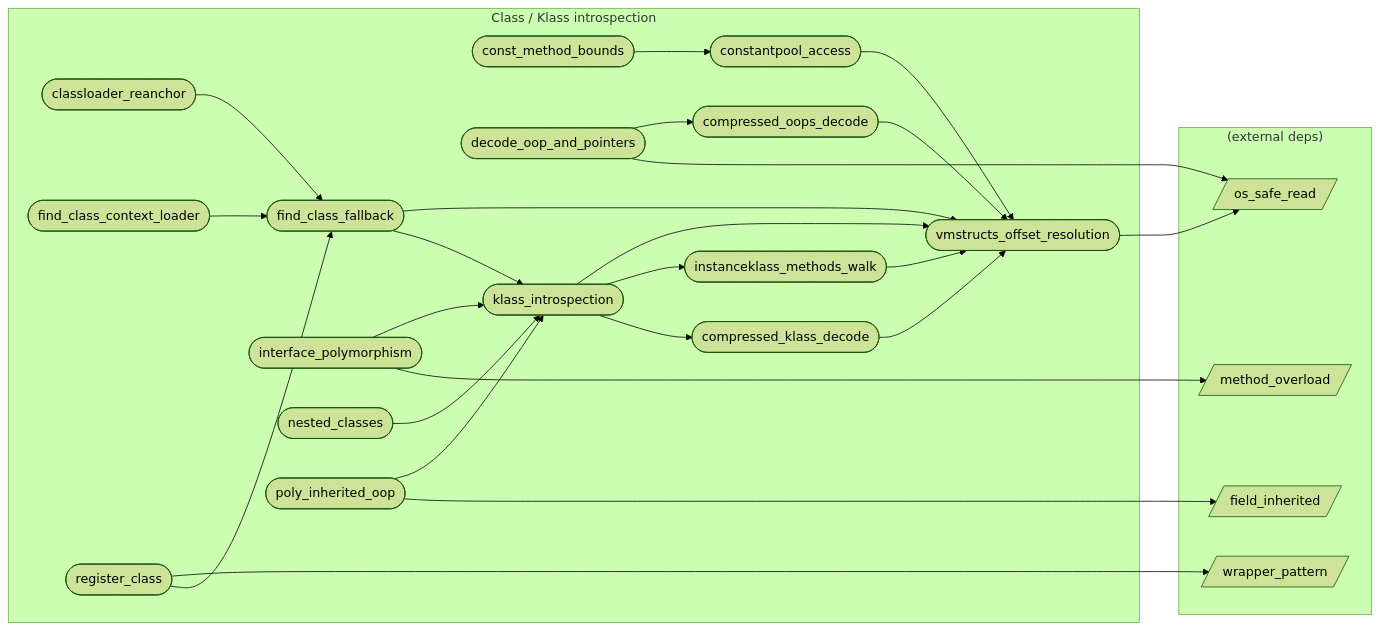
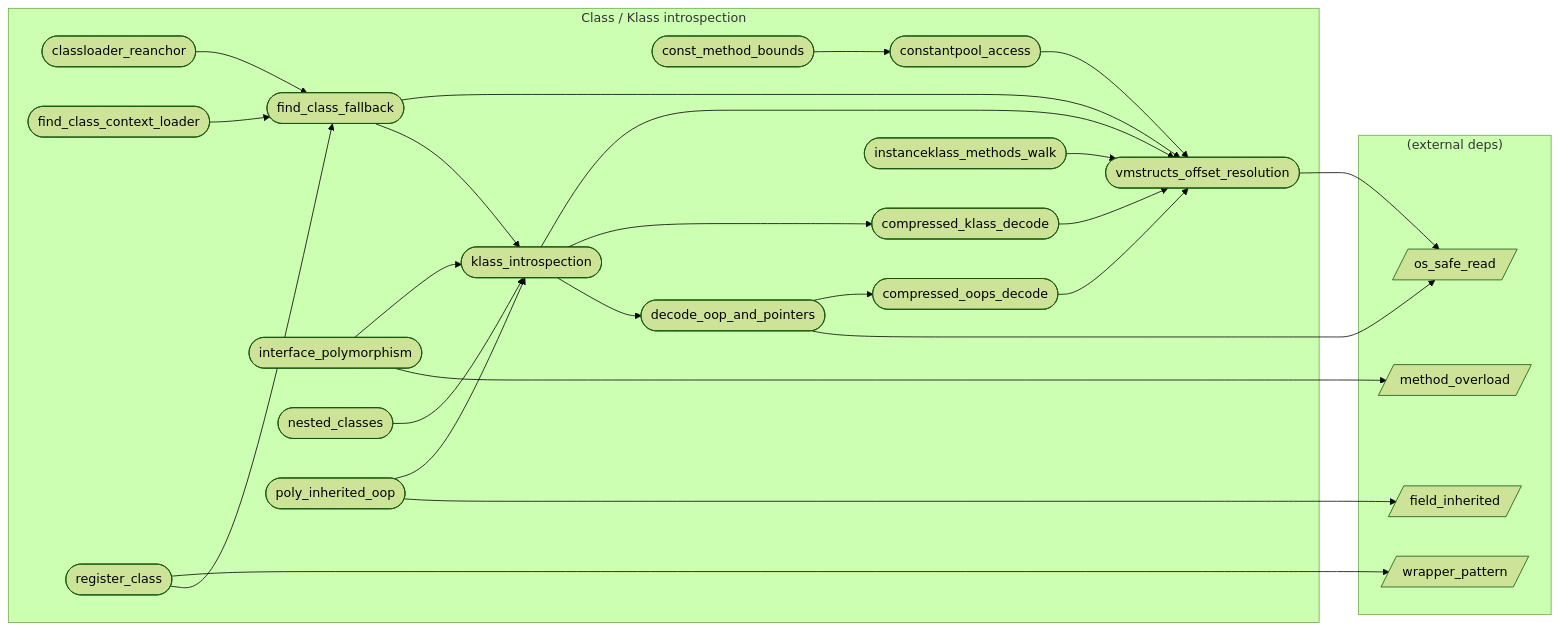
The diagram in audit/graph/categories/klass.md (xxxnpno/VMHook), drawn with Mermaid (forest theme) before and after one commit. The commit also changed other lines of this file and 19 other files, not shown here.

First line of the commit message:
docs(audit/features): enrich global_ref, jni_local_ref_hygiene, klass_introspection, vmstructs_offset_resolution, os_safe_read

````diff
--- a/audit/graph/categories/klass.md
+++ b/audit/graph/categories/klass.md
@@ -32,48 +32,48 @@
 ```mermaid
 flowchart LR
   subgraph klass["Class / Klass introspection"]
     classloader_reanchor([classloader_reanchor])
     compressed_klass_decode([compressed_klass_decode])
     compressed_oops_decode([compressed_oops_decode])
     const_method_bounds([const_method_bounds])
     constantpool_access([constantpool_access])
     decode_oop_and_pointers([decode_oop_and_pointers])
     find_class_context_loader([find_class_context_loader])
     find_class_fallback([find_class_fallback])
     instanceklass_methods_walk([instanceklass_methods_walk])
     interface_polymorphism([interface_polymorphism])
     klass_introspection([klass_introspection])
     nested_classes([nested_classes])
     poly_inherited_oop([poly_inherited_oop])
     register_class([register_class])
     vmstructs_offset_resolution([vmstructs_offset_resolution])
   end
   subgraph external["(external deps)"]
     field_inherited[/field_inherited/]
     method_overload[/method_overload/]
     os_safe_read[/os_safe_read/]
     wrapper_pattern[/wrapper_pattern/]
   end
   classloader_reanchor --> find_class_fallback
   compressed_klass_decode --> vmstructs_offset_resolution
   compressed_oops_decode --> vmstructs_offset_resolution
   const_method_bounds --> constantpool_access
   constantpool_access --> vmstructs_offset_resolution
   decode_oop_and_pointers --> compressed_oops_decode
   decode_oop_and_pointers --> os_safe_read
   find_class_context_loader --> find_class_fallback
   find_class_fallback --> vmstructs_offset_resolution
   find_class_fallback --> klass_introspection
   instanceklass_methods_walk --> vmstructs_offset_resolution
   interface_polymorphism --> klass_introspection
   interface_polymorphism --> method_overload
   klass_introspection --> vmstructs_offset_resolution
-  klass_introspection --> instanceklass_methods_walk
   klass_introspection --> compressed_klass_decode
+  klass_introspection --> decode_oop_and_pointers
   nested_classes --> klass_introspection
   poly_inherited_oop --> klass_introspection
   poly_inherited_oop --> field_inherited
   register_class --> wrapper_pattern
   register_class --> find_class_fallback
   vmstructs_offset_resolution --> os_safe_read
 ```
````
